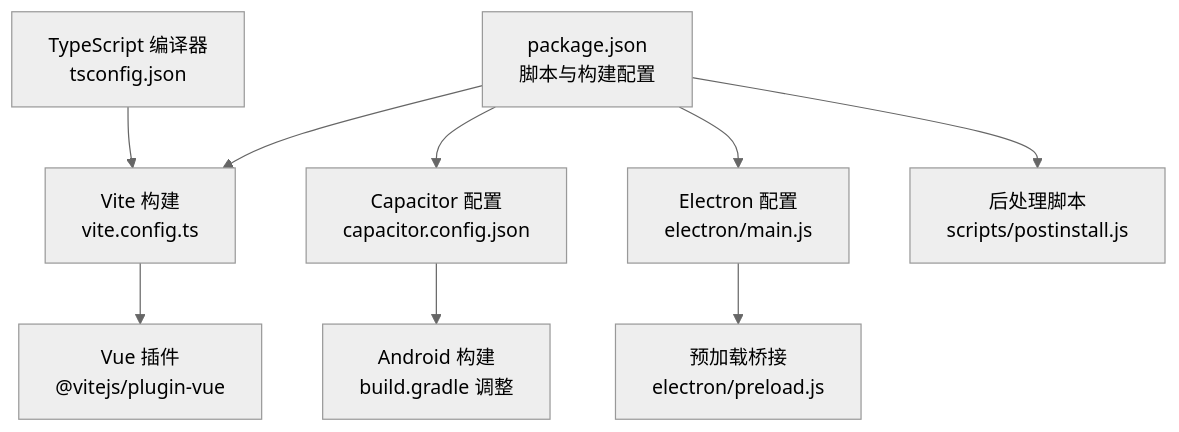
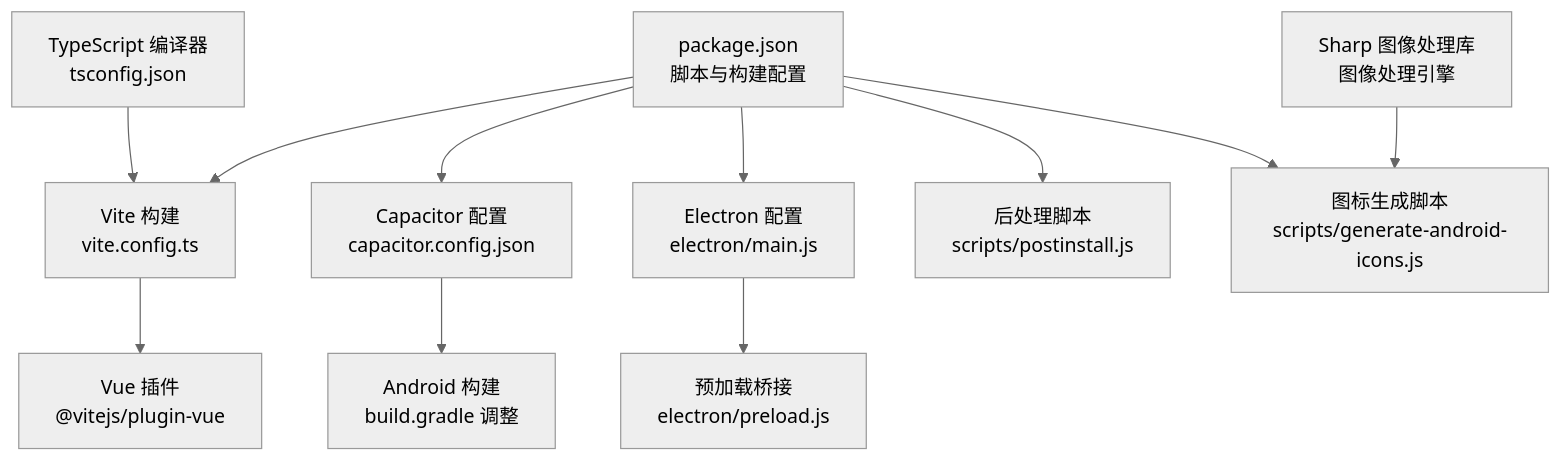
Before and after one commit to xiao-lin-unit/yuan: the first of 8 diagrams in .qoder/repowiki/zh/content/跨平台支持/构建脚本与自动化.md, drawn with Mermaid (neutral theme). The commit also changed other lines of this file and 11 other files, not shown here.

````diff
--- a/.qoder/repowiki/zh/content/跨平台支持/构建脚本与自动化.md
+++ b/.qoder/repowiki/zh/content/跨平台支持/构建脚本与自动化.md
@@ -40,11 +49,13 @@
 ```mermaid
 graph TB
 A["package.json<br/>脚本与构建配置"] --> B["Vite 构建<br/>vite.config.ts"]
 A --> C["Capacitor 配置<br/>capacitor.config.json"]
 A --> D["Electron 配置<br/>electron/main.js"]
 A --> E["后处理脚本<br/>scripts/postinstall.js"]
-B --> F["Vue 插件<br/>@vitejs/plugin-vue"]
-C --> G["Android 构建<br/>build.gradle 调整"]
-D --> H["预加载桥接<br/>electron/preload.js"]
-I["TypeScript 编译器<br/>tsconfig.json"] --> B
+A --> F["图标生成脚本<br/>scripts/generate-android-icons.js"]
+B --> G["Vue 插件<br/>@vitejs/plugin-vue"]
+C --> H["Android 构建<br/>build.gradle 调整"]
+D --> I["预加载桥接<br/>electron/preload.js"]
+J["TypeScript 编译器<br/>tsconfig.json"] --> B
+K["Sharp 图像处理库<br/>图像处理引擎"] --> F
 ```
````
